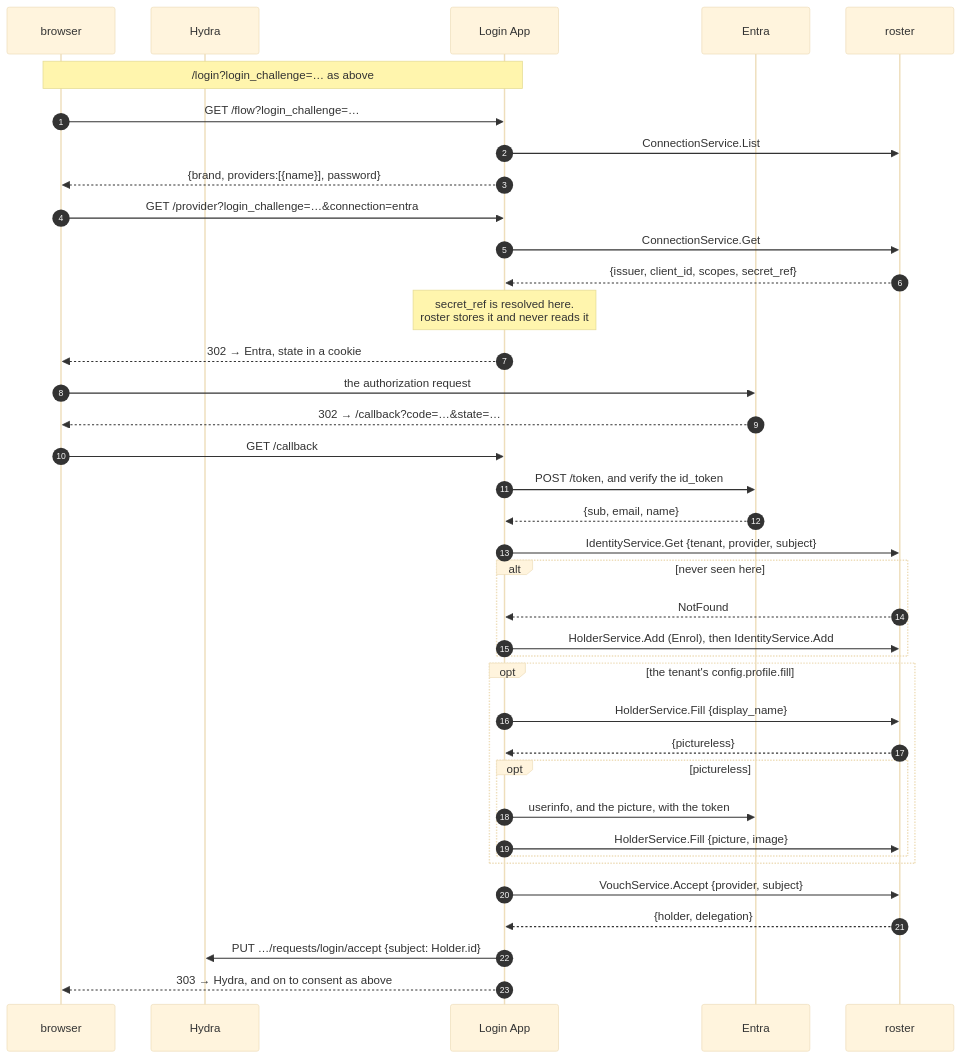
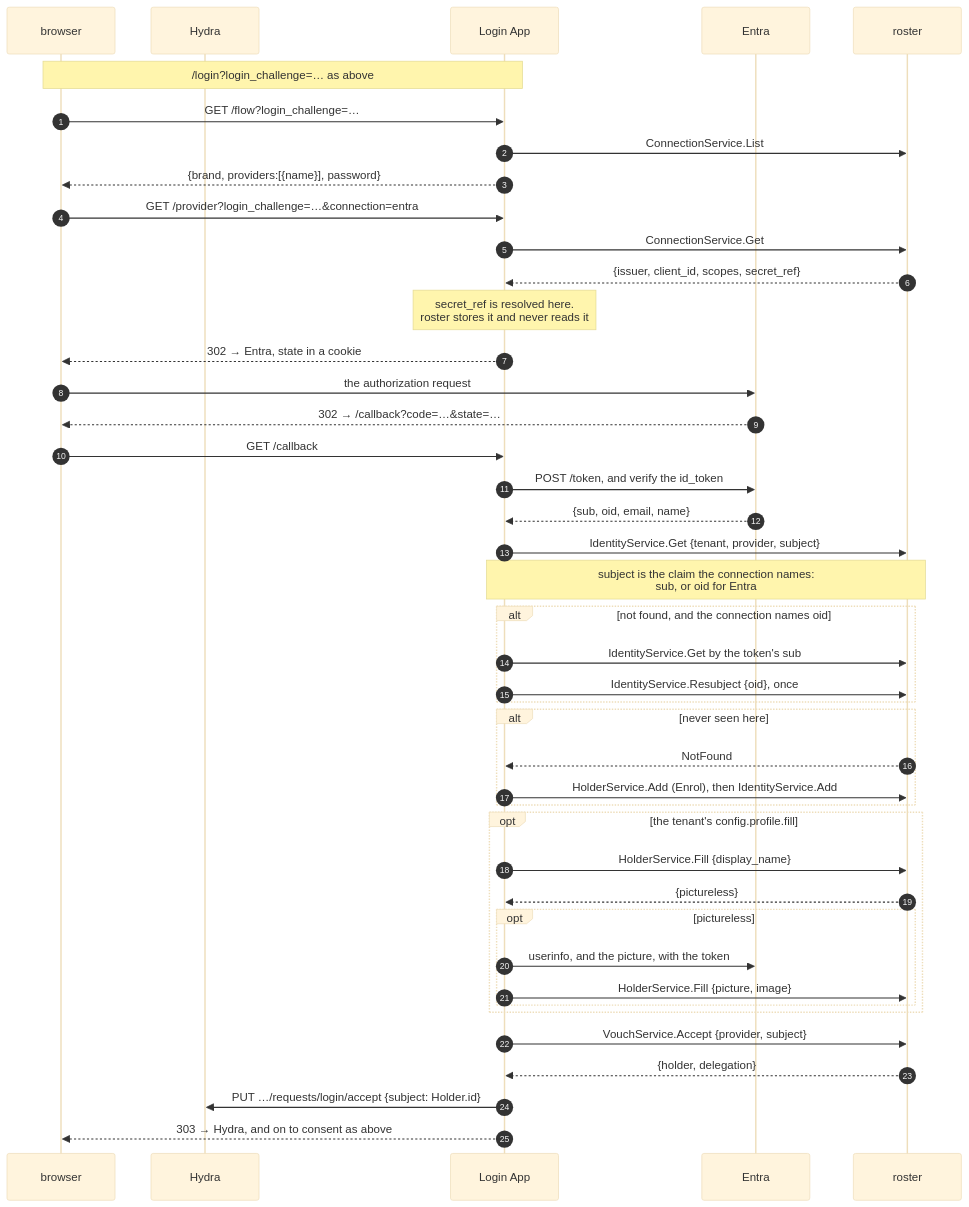
One commit to lesomnus/roster changed the fourth of 7 diagrams in docs/login.md. Above: the diagram before and after it, drawn with Mermaid (base theme). The commit also changed other lines of this file and 43 other files, not shown here.

First line of the commit message:
identity: an Entra identity is the person's oid, and a connection moves its people there at their next sign-in

````diff
--- a/docs/login.md
+++ b/docs/login.md
@@ -308,43 +308,48 @@
 ```mermaid
 sequenceDiagram
   autonumber
   participant B as browser
   participant H as Hydra
   participant L as Login App
   participant E as Entra
   participant R as roster
 
   Note over B,L: /login?login_challenge=… as above
   B->>L: GET /flow?login_challenge=…
   L->>R: ConnectionService.List
   L-->>B: {brand, providers:[{name}], password}
 
   B->>L: GET /provider?login_challenge=…&connection=entra
   L->>R: ConnectionService.Get
   R-->>L: {issuer, client_id, scopes, secret_ref}
   Note over L: secret_ref is resolved here.<br/>roster stores it and never reads it
   L-->>B: 302 → Entra, state in a cookie
   B->>E: the authorization request
   E-->>B: 302 → /callback?code=…&state=…
 
   B->>L: GET /callback
   L->>E: POST /token, and verify the id_token
-  E-->>L: {sub, email, name}
+  E-->>L: {sub, oid, email, name}
   L->>R: IdentityService.Get {tenant, provider, subject}
+  Note over L,R: subject is the claim the connection names:<br/>sub, or oid for Entra
+  alt not found, and the connection names oid
+    L->>R: IdentityService.Get by the token's sub
+    L->>R: IdentityService.Resubject {oid}, once
+  end
   alt never seen here
     R-->>L: NotFound
     L->>R: HolderService.Add (Enrol), then IdentityService.Add
   end
   opt the tenant's config.profile.fill
     L->>R: HolderService.Fill {display_name}
     R-->>L: {pictureless}
     opt pictureless
       L->>E: userinfo, and the picture, with the token
       L->>R: HolderService.Fill {picture, image}
     end
   end
   L->>R: VouchService.Accept {provider, subject}
   R-->>L: {holder, delegation}
   L->>H: PUT …/requests/login/accept {subject: Holder.id}
   L-->>B: 303 → Hydra, and on to consent as above
 ```
````
